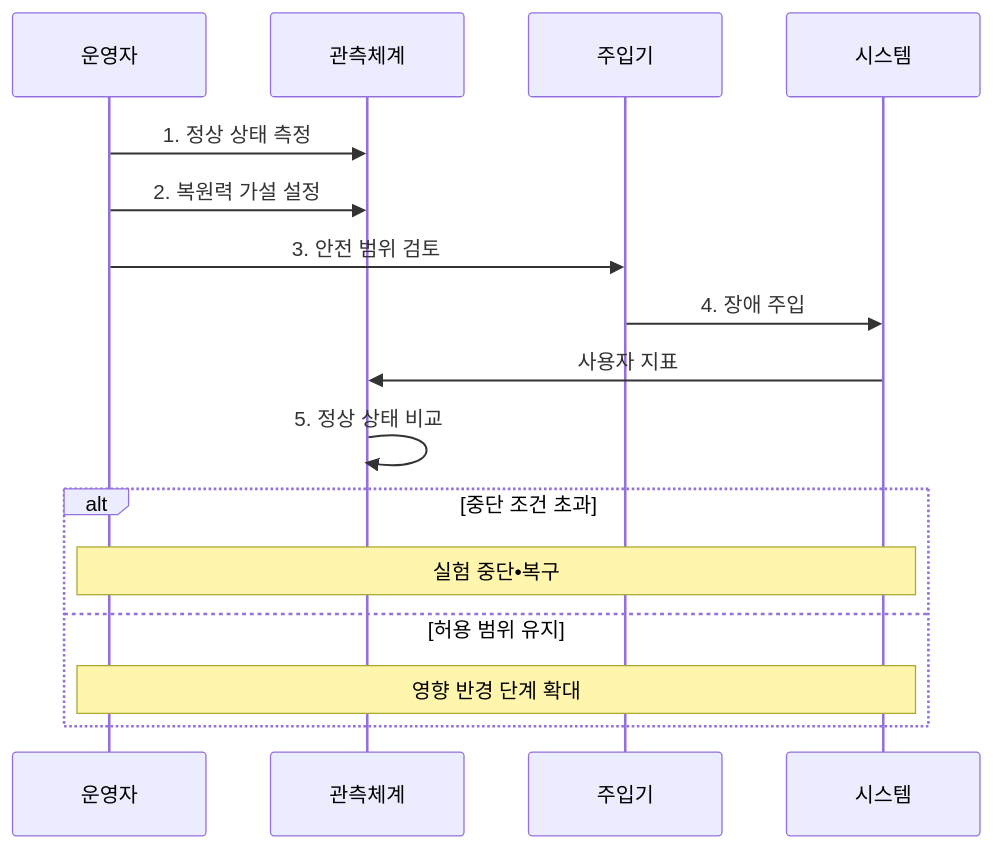
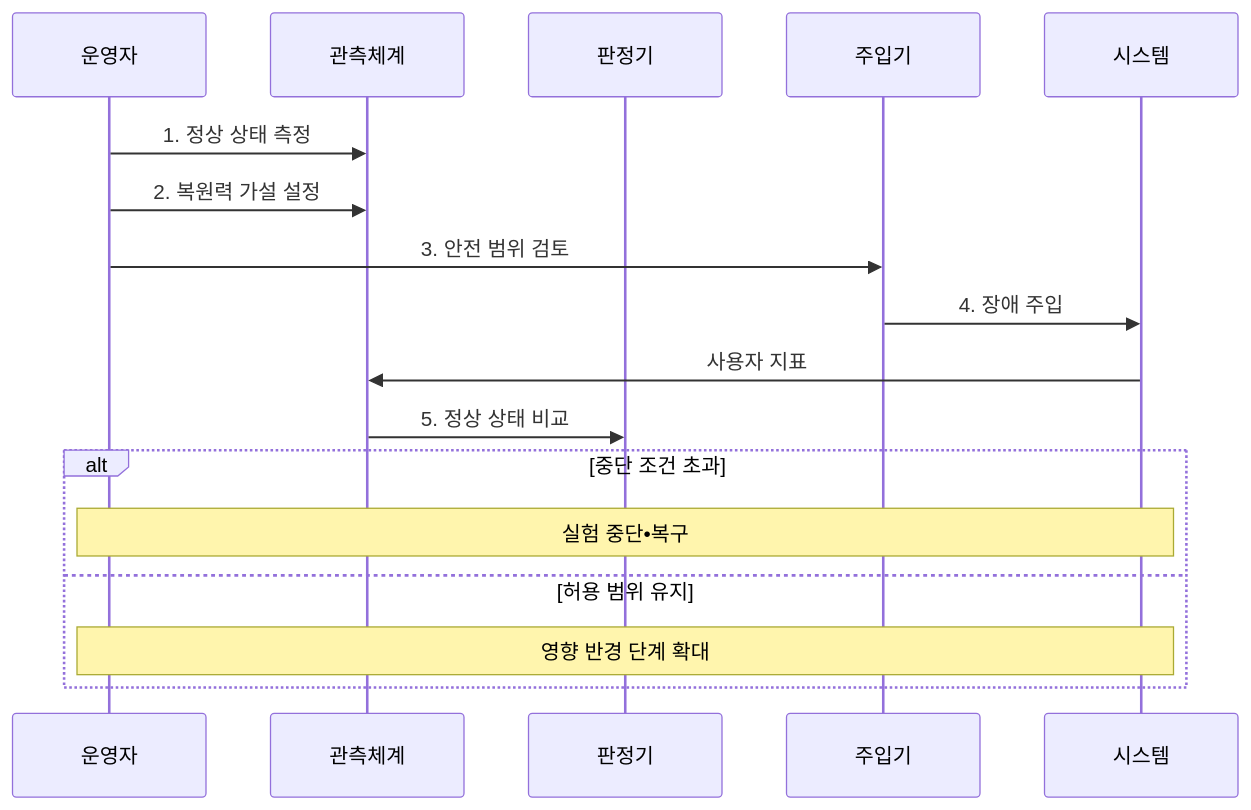
One commit to agnusdei1207/knowledge-base changed the second of 2 diagrams in src/content/docs/notes/03-software/215_chaos_engineering.md. Above: the diagram before and after it, drawn with Mermaid. The commit also changed other lines of this file and 14 other files, not shown here.

````diff
--- a/src/content/docs/notes/03-software/215_chaos_engineering.md
+++ b/src/content/docs/notes/03-software/215_chaos_engineering.md
@@ -109,18 +109,19 @@
 ```mermaid
 sequenceDiagram
     participant 운영자
     participant 관측체계
+    participant 판정기
     participant 주입기
     participant 시스템
     운영자->>관측체계: 1. 정상 상태 측정
     운영자->>관측체계: 2. 복원력 가설 설정
     운영자->>주입기: 3. 안전 범위 검토
     주입기->>시스템: 4. 장애 주입
     시스템->>관측체계: 사용자 지표
-    관측체계->>관측체계: 5. 정상 상태 비교
+    관측체계->>판정기: 5. 정상 상태 비교
     alt 중단 조건 초과
         Note over 운영자,시스템: 실험 중단•복구
     else 허용 범위 유지
         Note over 운영자,시스템: 영향 반경 단계 확대
     end
 ```
````
